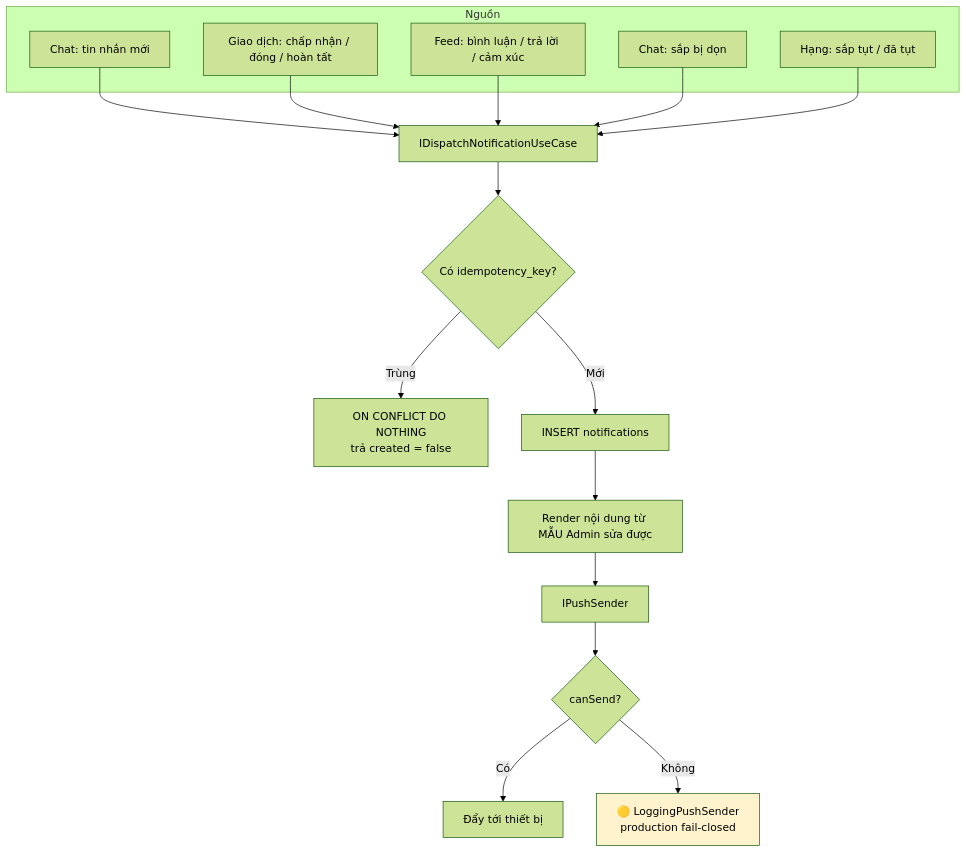
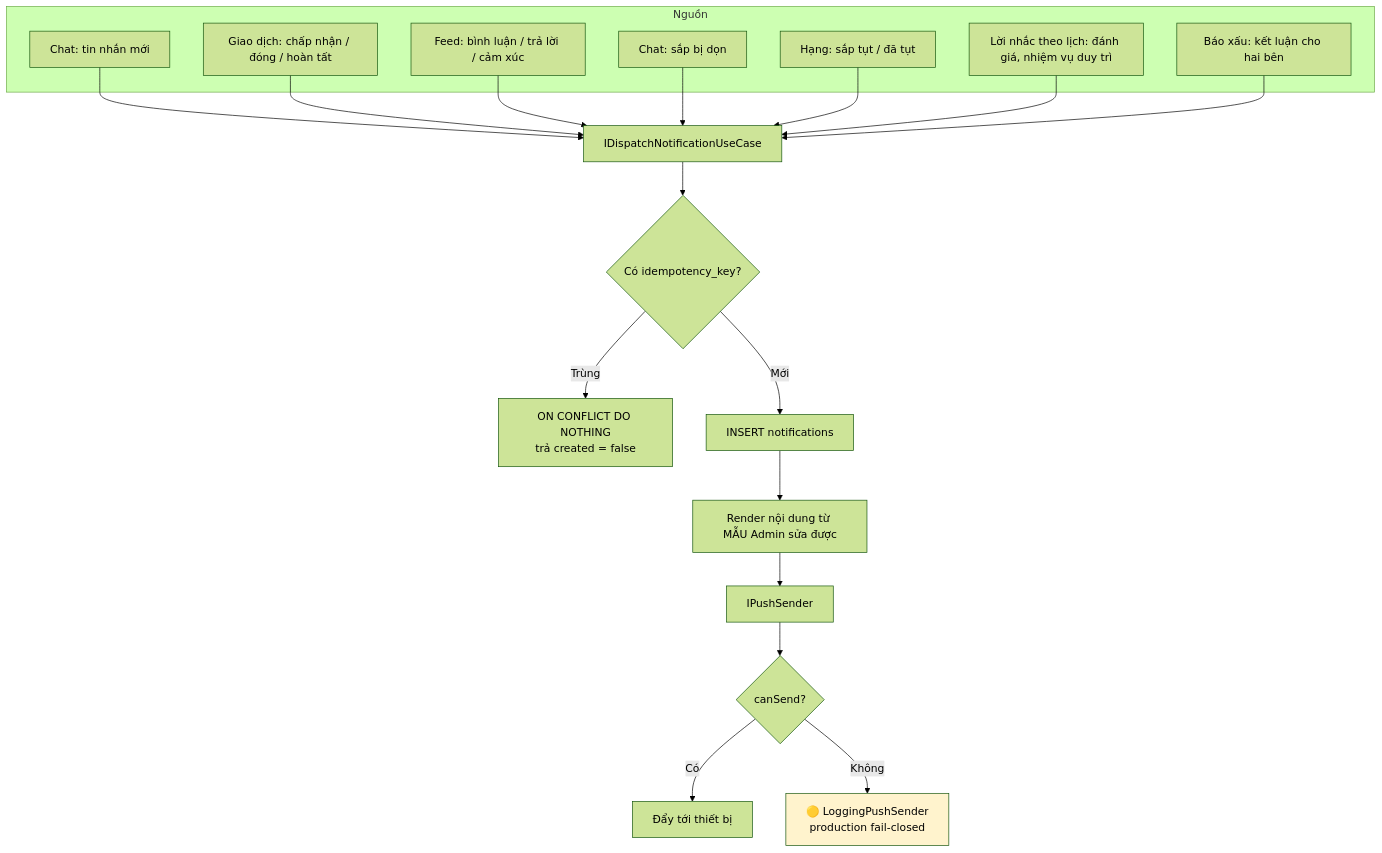
The first of 3 diagrams in docs/diagram/10-notification.md (fdshn/trueheart), drawn with Mermaid (forest theme) before and after one commit. The commit also changed other lines of this file and 24 other files, not shown here.

First line of the commit message:
feat(notification): ba lời nhắc còn thiếu, gộp một job

````diff
--- a/docs/diagram/10-notification.md
+++ b/docs/diagram/10-notification.md
@@ -7,22 +7,24 @@
 ```mermaid
 flowchart TD
     subgraph Nguồn
         A[Chat: tin nhắn mới]
         B[Giao dịch: chấp nhận / đóng / hoàn tất]
         C[Feed: bình luận / trả lời / cảm xúc]
         E2[Hạng: sắp tụt / đã tụt]
+        E3[Lời nhắc theo lịch: đánh giá, nhiệm vụ duy trì]
+        E4[Báo xấu: kết luận cho hai bên]
         D[Chat: sắp bị dọn]
     end
 
-    A & B & C & D & E2 --> E["IDispatchNotificationUseCase"]
+    A & B & C & D & E2 & E3 & E4 --> E["IDispatchNotificationUseCase"]
     E --> F{Có idempotency_key?}
     F -->|Trùng| G[ON CONFLICT DO NOTHING<br/>trả created = false]
     F -->|Mới| H[INSERT notifications]
     H --> I[Render nội dung từ MẪU Admin sửa được]
     I --> J[IPushSender]
     J --> K{canSend?}
     K -->|Có| L[Đẩy tới thiết bị]
     K -->|Không| M["🟡 LoggingPushSender<br/>production fail-closed"]
 
     style M fill:#fff3cd
 ```
````
